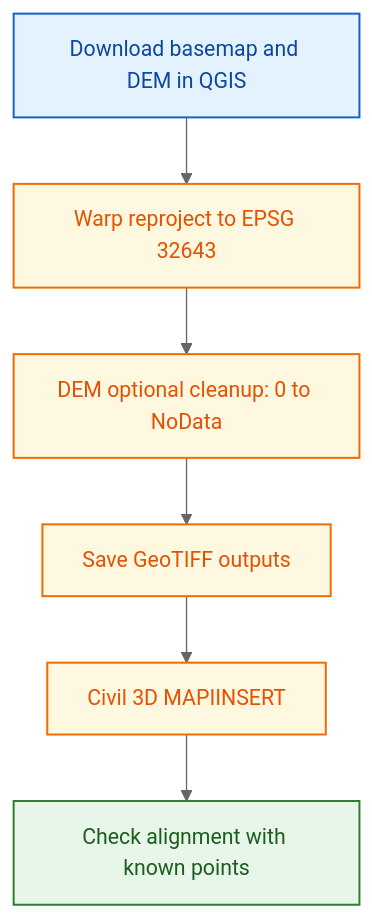
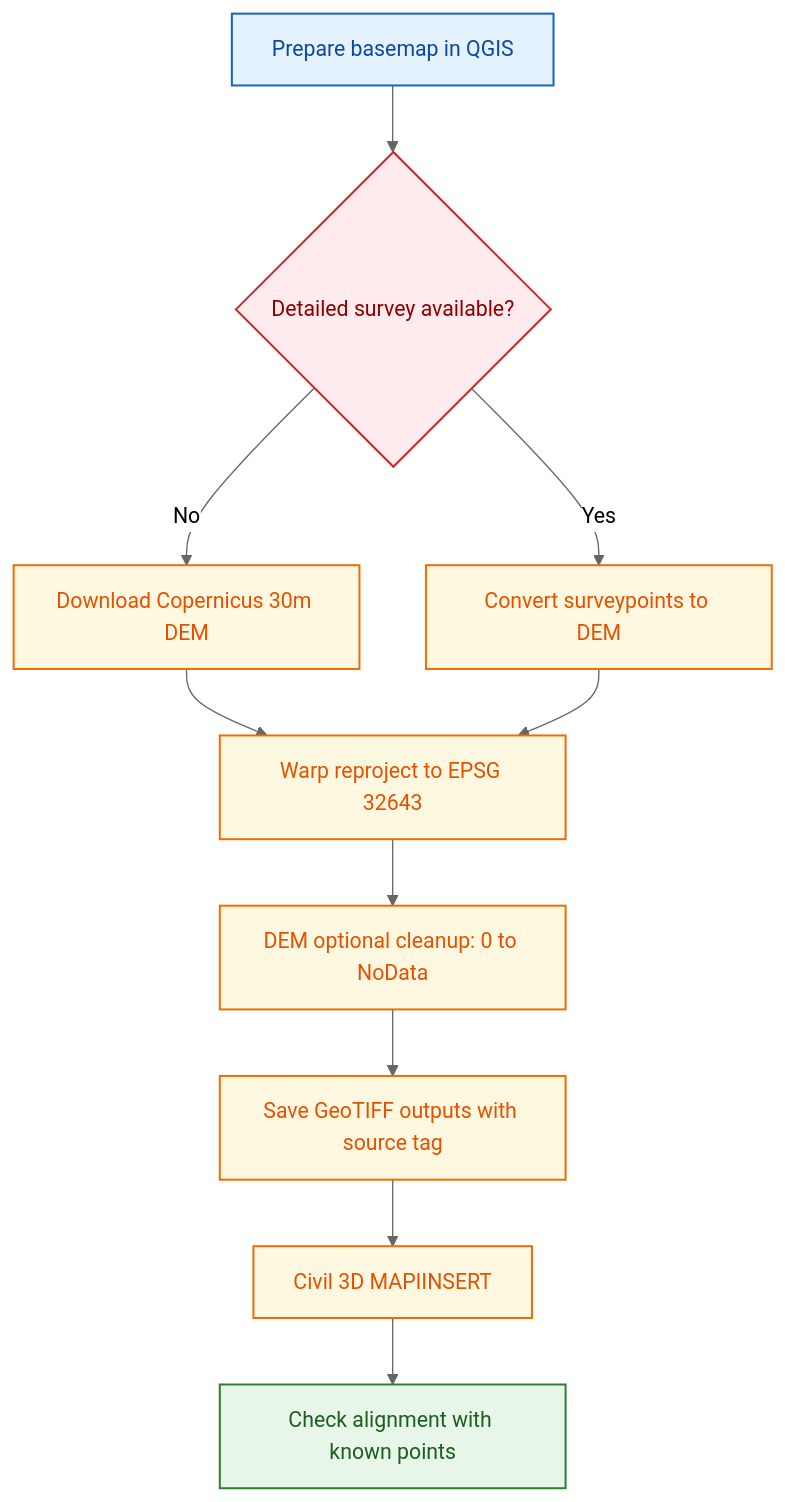
Before and after one commit to PrathamGitHub/Geo-CAD-Practical-Reference: the third of 4 diagrams in docs/interoperability-workflow.md, drawn with Mermaid (neutral theme). The commit also changed other lines of this file and 8 other files, not shown here.

Commit message:
Enhance documentation with critical elevation source rules and detailed analysis guidelines for terrain-derived products across multiple workflows.

````diff
--- a/docs/interoperability-workflow.md
+++ b/docs/interoperability-workflow.md
@@ -129,17 +138,22 @@
 ```mermaid
 flowchart TD
-    A[Download basemap and DEM in QGIS] --> B[Warp reproject to EPSG 32643]
-    B --> C[DEM optional cleanup: 0 to NoData]
-    C --> D[Save GeoTIFF outputs]
-    D --> E[Civil 3D MAPIINSERT]
-    E --> F[Check alignment with known points]
+    A[Prepare basemap in QGIS] --> B{Detailed survey available?}
+    B -->|No| C[Download Copernicus 30m DEM]
+    B -->|Yes| D[Convert surveypoints to DEM]
+    C --> E[Warp reproject to EPSG 32643]
+    D --> E
+    E --> F[DEM optional cleanup: 0 to NoData]
+    F --> G[Save GeoTIFF outputs with source tag]
+    G --> H[Civil 3D MAPIINSERT]
+    H --> I[Check alignment with known points]
 
     classDef input fill:#e3f2fd,stroke:#1565c0,stroke-width:1.5px,color:#0d47a1;
     classDef process fill:#fff8e1,stroke:#ef6c00,stroke-width:1.5px,color:#e65100;
     classDef decision fill:#ffebee,stroke:#c62828,stroke-width:1.5px,color:#8e0000;
     classDef output fill:#e8f5e9,stroke:#2e7d32,stroke-width:1.5px,color:#1b5e20;
 
     class A input;
-    class B,C,D,E process;
-    class F output;
+    class C,D,E,F,G,H process;
+    class B decision;
+    class I output;
 ```
````
